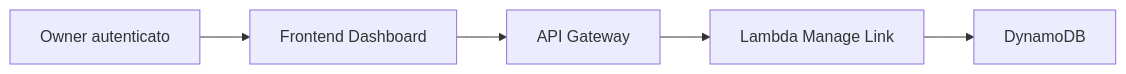
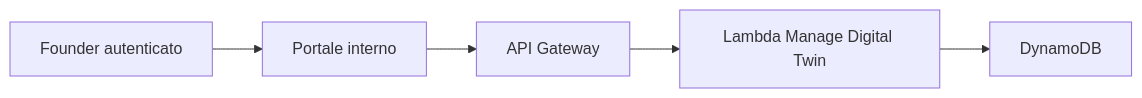
Before and after one commit to IngVincenzoBaldoni/ScanMe: the second of 2 diagrams in docs/technical/architecture-overview.md, drawn with Mermaid. The commit also changed other lines of this file and 18 other files, not shown here.

````diff
--- a/docs/technical/architecture-overview.md
+++ b/docs/technical/architecture-overview.md
@@ -52,7 +52,7 @@
 ```mermaid
 flowchart LR
-  O[Owner autenticato] --> FE[Frontend Dashboard]
+  O[Founder autenticato] --> FE[Portale interno]
   FE --> API[API Gateway]
-  API --> L2[Lambda Manage Link]
+  API --> L2[Lambda Manage Digital Twin]
   L2 --> DDB[DynamoDB]
 ```
````
